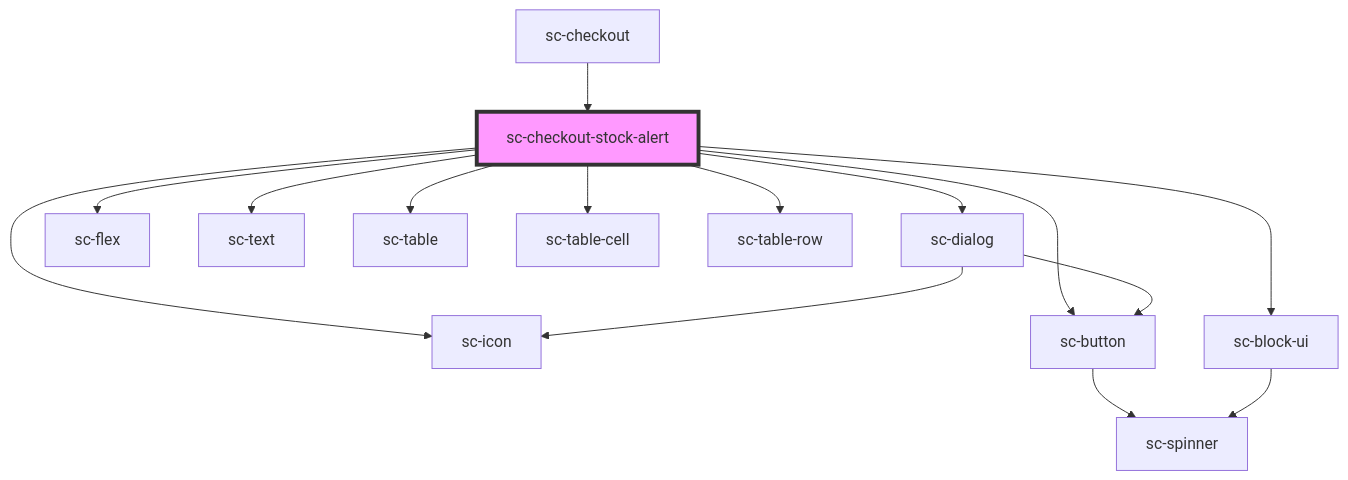
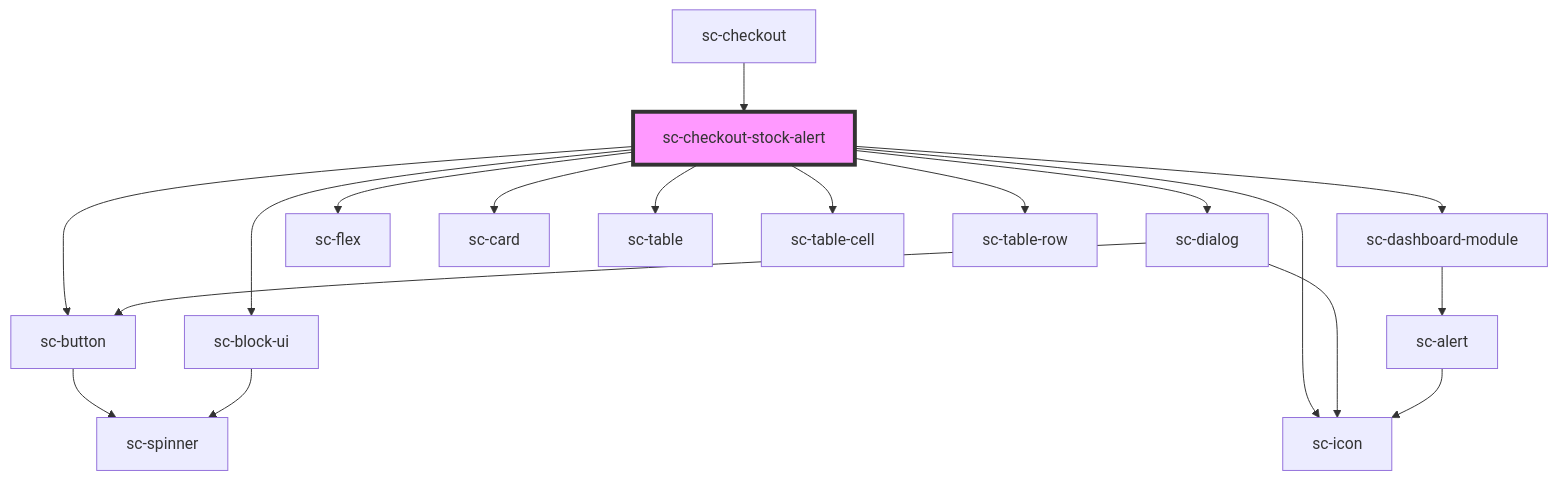
Before and after one commit to surecart/surecart-wp-plugin: the diagram in packages/components/src/components/controllers/checkout-form/checkout/checkout-stock-alert/readme.md, drawn with Mermaid. The commit also changed other lines of this file and 29 other files, not shown here.

````diff
--- a/packages/components/src/components/controllers/checkout-form/checkout/checkout-stock-alert/readme.md
+++ b/packages/components/src/components/controllers/checkout-form/checkout/checkout-stock-alert/readme.md
@@ -45,18 +39,21 @@
 ```mermaid
 graph TD;
   sc-checkout-stock-alert --> sc-dialog
+  sc-checkout-stock-alert --> sc-dashboard-module
   sc-checkout-stock-alert --> sc-flex
   sc-checkout-stock-alert --> sc-icon
-  sc-checkout-stock-alert --> sc-text
+  sc-checkout-stock-alert --> sc-card
   sc-checkout-stock-alert --> sc-table
   sc-checkout-stock-alert --> sc-table-cell
   sc-checkout-stock-alert --> sc-table-row
   sc-checkout-stock-alert --> sc-button
   sc-checkout-stock-alert --> sc-block-ui
   sc-dialog --> sc-button
   sc-dialog --> sc-icon
   sc-button --> sc-spinner
+  sc-dashboard-module --> sc-alert
+  sc-alert --> sc-icon
   sc-block-ui --> sc-spinner
   sc-checkout --> sc-checkout-stock-alert
   style sc-checkout-stock-alert fill:#f9f,stroke:#333,stroke-width:4px
 ```
````
